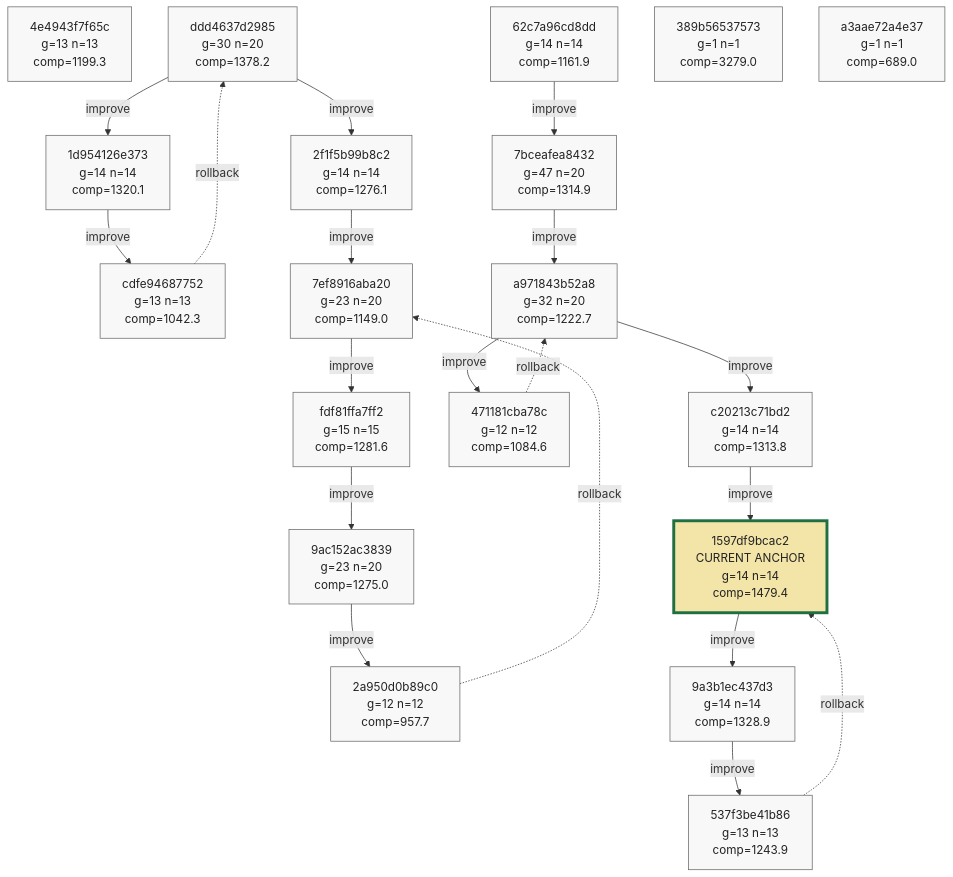
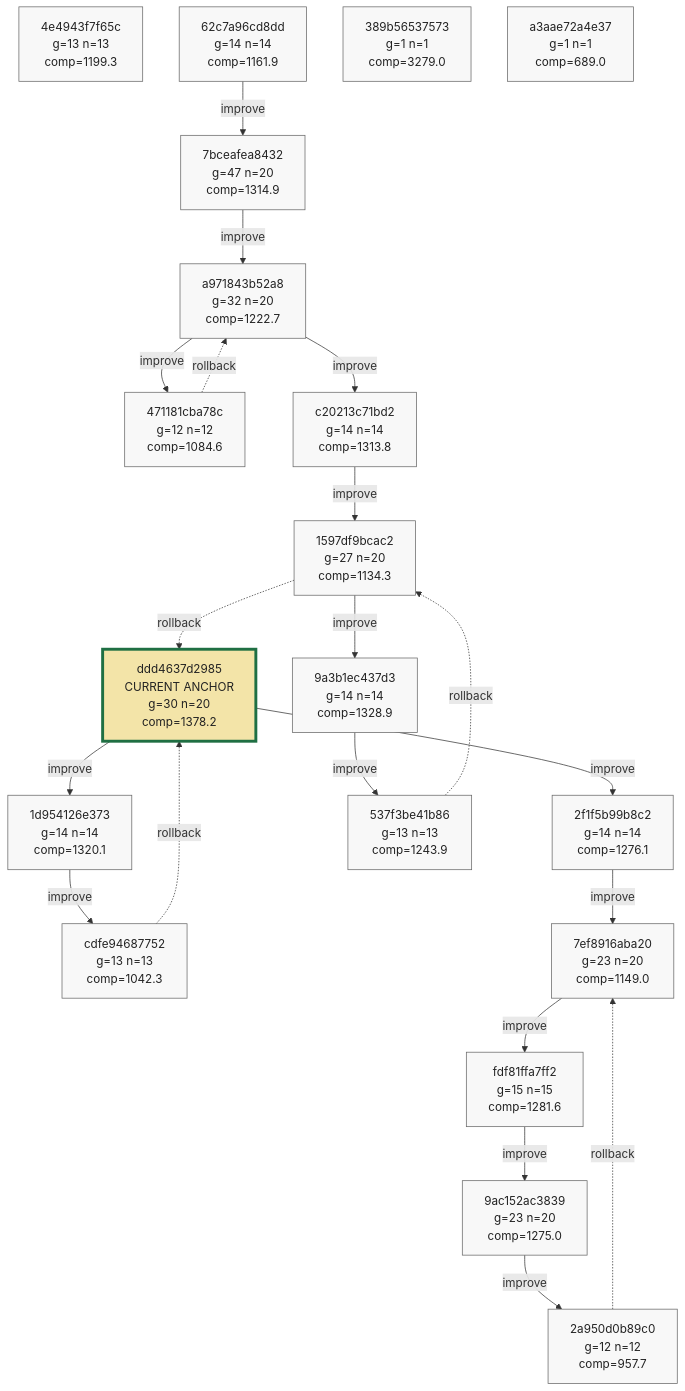
Before and after one commit to azumag/soviet_now: the ninth of 9 diagrams in phyrogenetic-tree.md, drawn with Mermaid. The commit also changed other lines of this file and 2 other files, not shown here.

````diff
--- a/phyrogenetic-tree.md
+++ b/phyrogenetic-tree.md
@@ -2230,66 +2231,67 @@
 ```mermaid
 flowchart TD
     h_4e4943f7f65c["4e4943f7f65c<br/>g=13 n=13<br/>comp=1199.3"]
-    h_ddd4637d2985["ddd4637d2985<br/>g=30 n=20<br/>comp=1378.2"]
+    h_ddd4637d2985["ddd4637d2985<br/>CURRENT ANCHOR<br/>g=30 n=20<br/>comp=1378.2"]
     h_1d954126e373["1d954126e373<br/>g=14 n=14<br/>comp=1320.1"]
     h_cdfe94687752["cdfe94687752<br/>g=13 n=13<br/>comp=1042.3"]
     h_2f1f5b99b8c2["2f1f5b99b8c2<br/>g=14 n=14<br/>comp=1276.1"]
     h_7ef8916aba20["7ef8916aba20<br/>g=23 n=20<br/>comp=1149.0"]
     h_fdf81ffa7ff2["fdf81ffa7ff2<br/>g=15 n=15<br/>comp=1281.6"]
     h_9ac152ac3839["9ac152ac3839<br/>g=23 n=20<br/>comp=1275.0"]
     h_2a950d0b89c0["2a950d0b89c0<br/>g=12 n=12<br/>comp=957.7"]
     h_62c7a96cd8dd["62c7a96cd8dd<br/>g=14 n=14<br/>comp=1161.9"]
     h_7bceafea8432["7bceafea8432<br/>g=47 n=20<br/>comp=1314.9"]
     h_a971843b52a8["a971843b52a8<br/>g=32 n=20<br/>comp=1222.7"]
     h_471181cba78c["471181cba78c<br/>g=12 n=12<br/>comp=1084.6"]
     h_c20213c71bd2["c20213c71bd2<br/>g=14 n=14<br/>comp=1313.8"]
-    h_1597df9bcac2["1597df9bcac2<br/>CURRENT ANCHOR<br/>g=14 n=14<br/>comp=1479.4"]
+    h_1597df9bcac2["1597df9bcac2<br/>g=27 n=20<br/>comp=1134.3"]
     h_9a3b1ec437d3["9a3b1ec437d3<br/>g=14 n=14<br/>comp=1328.9"]
     h_537f3be41b86["537f3be41b86<br/>g=13 n=13<br/>comp=1243.9"]
     h_389b56537573["389b56537573<br/>g=1 n=1<br/>comp=3279.0"]
     h_a3aae72a4e37["a3aae72a4e37<br/>g=1 n=1<br/>comp=689.0"]
 
     h_ddd4637d2985 -->|improve| h_1d954126e373
     h_1d954126e373 -->|improve| h_cdfe94687752
     h_cdfe94687752 -. rollback .-> h_ddd4637d2985
     h_ddd4637d2985 -->|improve| h_2f1f5b99b8c2
     h_2f1f5b99b8c2 -->|improve| h_7ef8916aba20
     h_7ef8916aba20 -->|improve| h_fdf81ffa7ff2
     h_fdf81ffa7ff2 -->|improve| h_9ac152ac3839
     h_9ac152ac3839 -->|improve| h_2a950d0b89c0
     h_2a950d0b89c0 -. rollback .-> h_7ef8916aba20
     h_62c7a96cd8dd -->|improve| h_7bceafea8432
     h_7bceafea8432 -->|improve| h_a971843b52a8
     h_a971843b52a8 -->|improve| h_471181cba78c
     h_471181cba78c -. rollback .-> h_a971843b52a8
     h_a971843b52a8 -->|improve| h_c20213c71bd2
     h_c20213c71bd2 -->|improve| h_1597df9bcac2
     h_1597df9bcac2 -->|improve| h_9a3b1ec437d3
     h_9a3b1ec437d3 -->|improve| h_537f3be41b86
     h_537f3be41b86 -. rollback .-> h_1597df9bcac2
+    h_1597df9bcac2 -. rollback .-> h_ddd4637d2985
 
     classDef plain fill:#f8f8f8,stroke:#666,stroke-width:1px,color:#222;
     classDef current fill:#ffe8a3,stroke:#9a6700,stroke-width:3px,color:#222;
     classDef anchor fill:#d7f5dd,stroke:#1f6f43,stroke-width:3px,color:#222;
     classDef current_anchor fill:#f3e4a8,stroke:#1f6f43,stroke-width:4px,color:#222;
 
     class h_4e4943f7f65c plain;
-    class h_ddd4637d2985 plain;
+    class h_ddd4637d2985 current_anchor;
     class h_1d954126e373 plain;
     class h_cdfe94687752 plain;
     class h_2f1f5b99b8c2 plain;
     class h_7ef8916aba20 plain;
     class h_fdf81ffa7ff2 plain;
     class h_9ac152ac3839 plain;
     class h_2a950d0b89c0 plain;
     class h_62c7a96cd8dd plain;
     class h_7bceafea8432 plain;
     class h_a971843b52a8 plain;
     class h_471181cba78c plain;
     class h_c20213c71bd2 plain;
-    class h_1597df9bcac2 current_anchor;
+    class h_1597df9bcac2 plain;
     class h_9a3b1ec437d3 plain;
     class h_537f3be41b86 plain;
     class h_389b56537573 plain;
     class h_a3aae72a4e37 plain;
 ```
````
